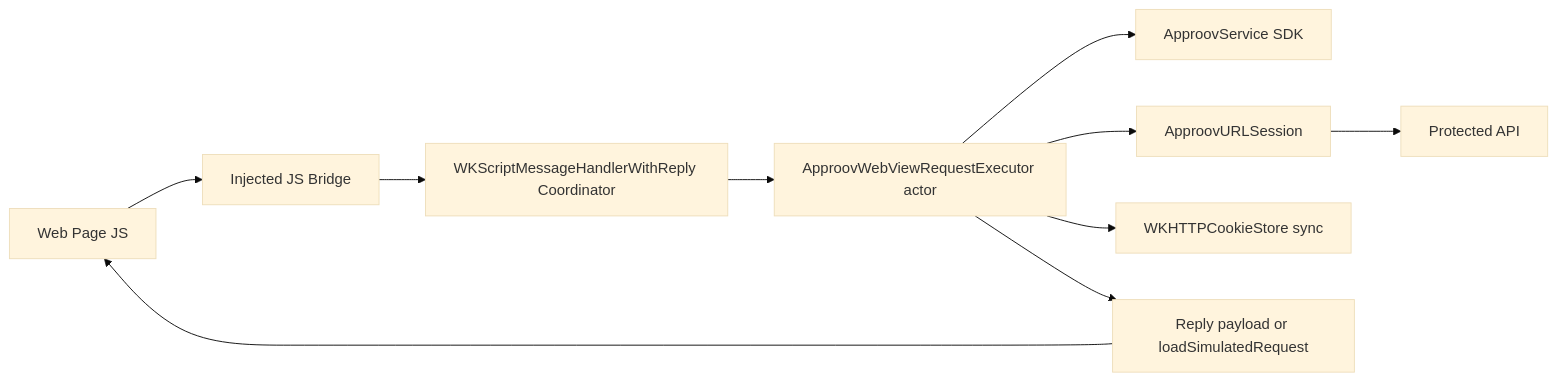
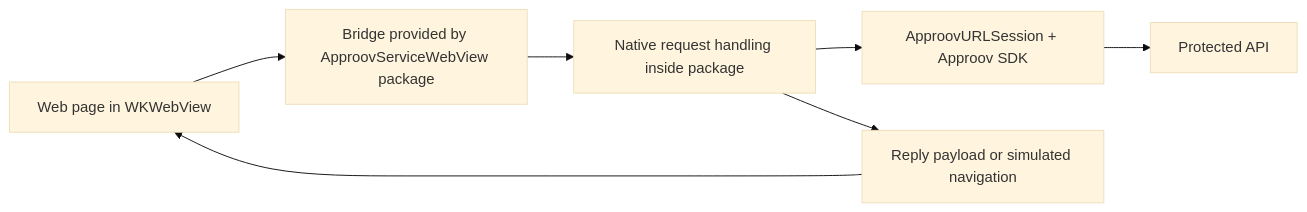
The diagram in JS_BRIDGE_DESIGN.md (approov/quickstart-ios-webkit-webview-urlsession), drawn with Mermaid (base theme) before and after one commit. The commit also changed other lines of this file and 1 other file, not shown here.

````diff
--- a/JS_BRIDGE_DESIGN.md
+++ b/JS_BRIDGE_DESIGN.md
@@ -35,12 +44,9 @@
 ```mermaid
 flowchart LR
-    A["Web Page JS"] --> B["Injected JS Bridge"]
-    B --> C["WKScriptMessageHandlerWithReply Coordinator"]
-    C --> D["ApproovWebViewRequestExecutor actor"]
-    D --> E["ApproovService SDK"]
-    D --> F["ApproovURLSession"]
-    F --> G["Protected API"]
-    D --> H["WKHTTPCookieStore sync"]
-    D --> I["Reply payload or loadSimulatedRequest"]
-    I --> A
+    A["Web page in WKWebView"] --> B["Bridge provided by ApproovServiceWebView package"]
+    B --> C["Native request handling inside package"]
+    C --> D["ApproovURLSession + Approov SDK"]
+    D --> E["Protected API"]
+    C --> F["Reply payload or simulated navigation"]
+    F --> A
 ```
````
